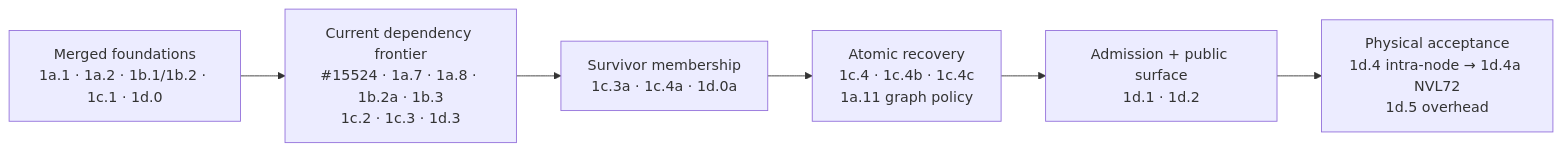
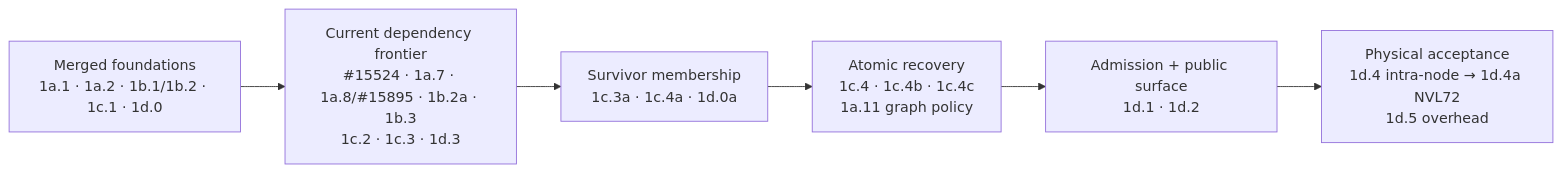
Before and after one commit to chienchunhung/TensorRT-LLM: the diagram in docs/design/wide-ep-fault-tolerance/pr-execution/08-implementation-plan.md, drawn with Mermaid. The commit also changed other lines of this file and 7 other files, not shown here.

````diff
--- a/docs/design/wide-ep-fault-tolerance/pr-execution/08-implementation-plan.md
+++ b/docs/design/wide-ep-fault-tolerance/pr-execution/08-implementation-plan.md
@@ -133,11 +134,11 @@
 ```mermaid
 flowchart LR
     MERGED["Merged foundations<br/>1a.1 · 1a.2 · 1b.1/1b.2 · 1c.1 · 1d.0"]
-    FRONTIER["Current dependency frontier<br/>#15524 · 1a.7 · 1a.8 · 1b.2a · 1b.3<br/>1c.2 · 1c.3 · 1d.3"]
+    FRONTIER["Current dependency frontier<br/>#15524 · 1a.7 · 1a.8/#15895 · 1b.2a · 1b.3<br/>1c.2 · 1c.3 · 1d.3"]
     MEMBERSHIP["Survivor membership<br/>1c.3a · 1c.4a · 1d.0a"]
     COORD["Atomic recovery<br/>1c.4 · 1c.4b · 1c.4c<br/>1a.11 graph policy"]
     GATE["Admission + public surface<br/>1d.1 · 1d.2"]
     E2E["Physical acceptance<br/>1d.4 intra-node → 1d.4a NVL72<br/>1d.5 overhead"]
 
     MERGED --> FRONTIER --> MEMBERSHIP --> COORD --> GATE --> E2E
 ```
````
